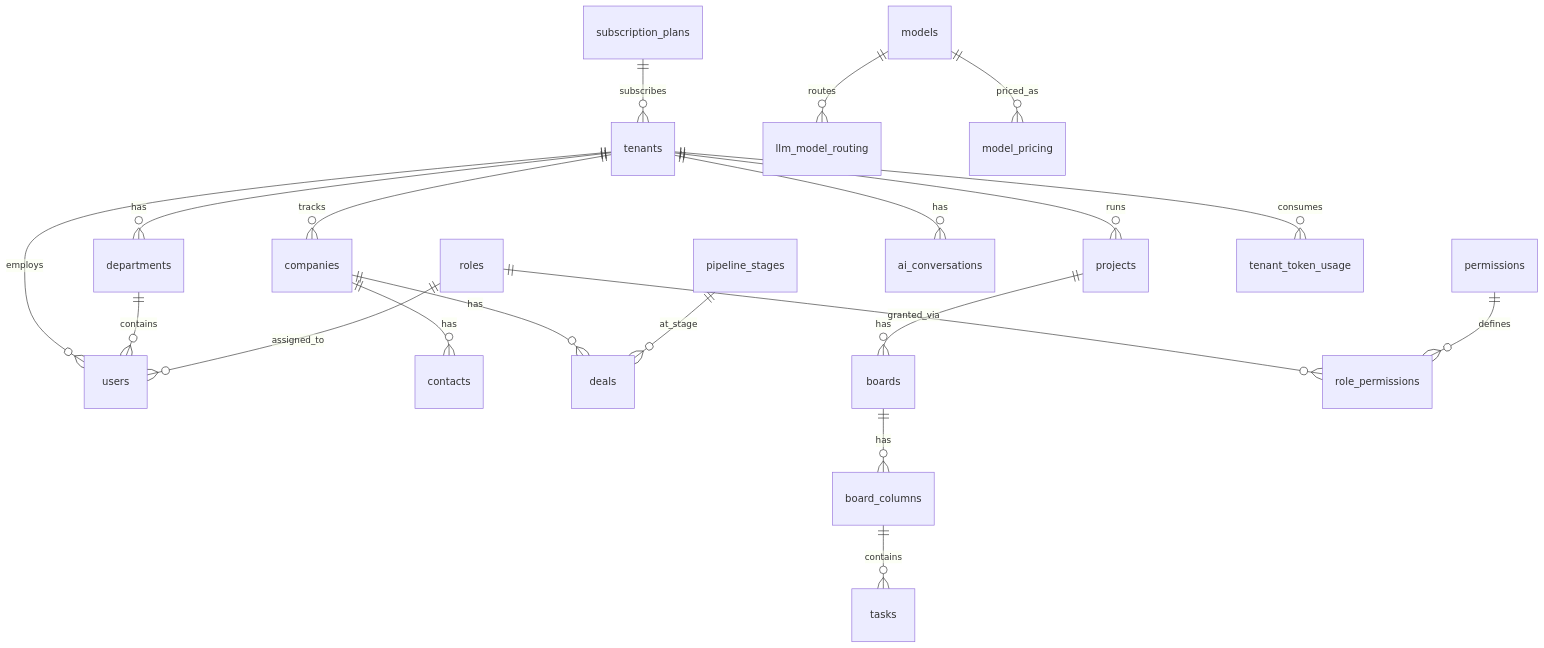
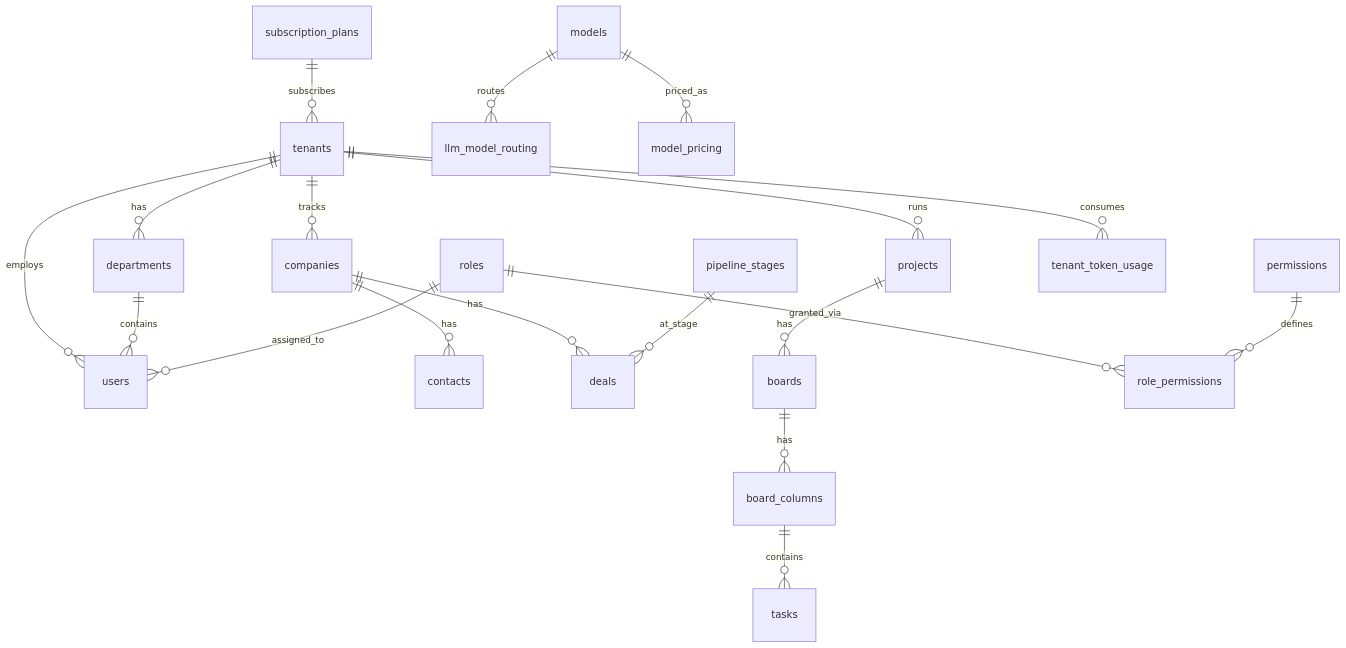
Before and after one commit to yusufkrnz/databaseschema: the first of 3 diagrams in docs/relationships.md, drawn with Mermaid. The commit also changed other lines of this file and 19 other files, not shown here.

````diff
--- a/docs/relationships.md
+++ b/docs/relationships.md
@@ -20,22 +20,21 @@
 ```mermaid
 erDiagram
   tenants ||--o{ departments : has
   tenants ||--o{ users : employs
   departments ||--o{ users : contains
   roles ||--o{ users : assigned_to
   tenants ||--o{ companies : tracks
   companies ||--o{ contacts : has
   companies ||--o{ deals : has
   pipeline_stages ||--o{ deals : at_stage
   tenants ||--o{ projects : runs
   projects ||--o{ boards : has
   boards ||--o{ board_columns : has
   board_columns ||--o{ tasks : contains
-  tenants ||--o{ ai_conversations : has
   roles ||--o{ role_permissions : granted_via
   permissions ||--o{ role_permissions : defines
   subscription_plans ||--o{ tenants : subscribes
   tenants ||--o{ tenant_token_usage : consumes
   models ||--o{ llm_model_routing : routes
   models ||--o{ model_pricing : priced_as
 ```
````
